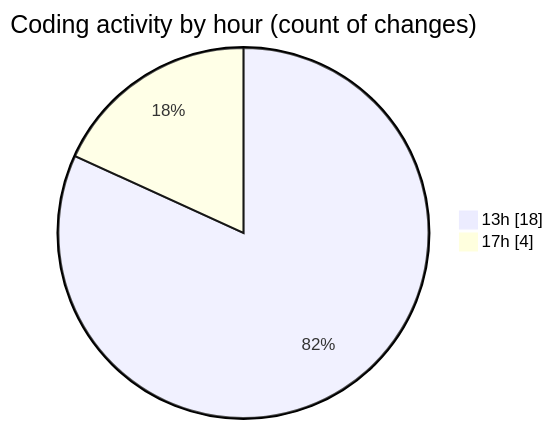
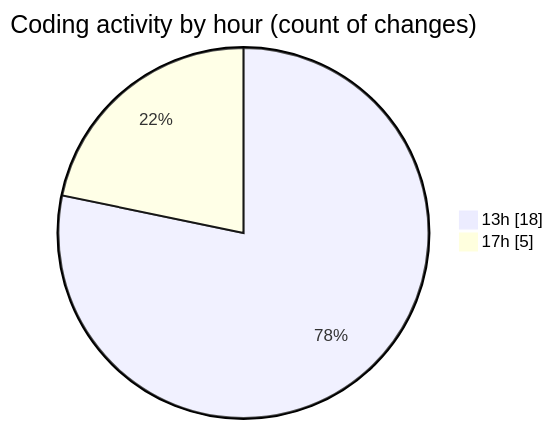
The second of 2 diagrams in 2025-09-10/data/README.md (lephambinh05/code-tracking), drawn with Mermaid before and after one commit. The commit also changed other lines of this file and 1 other file, not shown here.

````diff
--- a/2025-09-10/data/README.md
+++ b/2025-09-10/data/README.md
@@ -42,6 +42,6 @@
 ```mermaid
 pie showData
 title Coding activity by hour (count of changes)
 "13h" : 18
-"17h" : 4
+"17h" : 5
 ```
````
